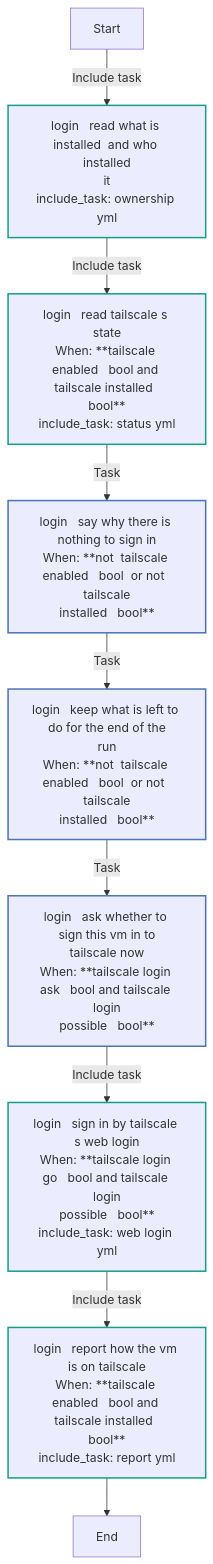
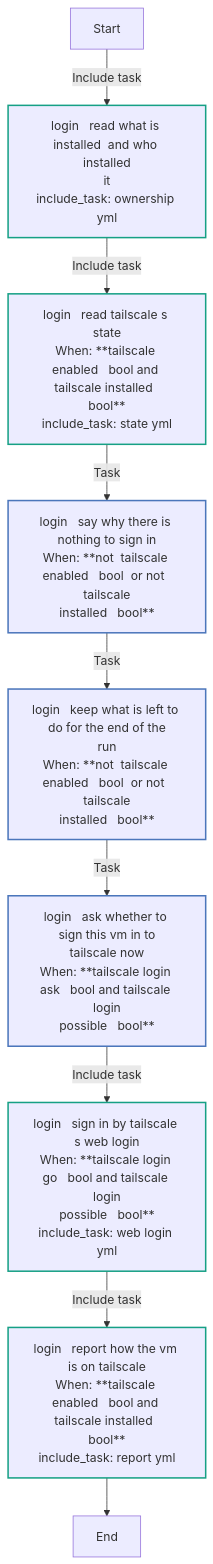
Before and after one commit to kawadeomkar/claude-on-proxmox: the sixth of 13 diagrams in docs/reference/roles/tailscale.md, drawn with Mermaid. The commit also changed other lines of this file and 45 other files, not shown here.

````diff
--- a/docs/reference/roles/tailscale.md
+++ b/docs/reference/roles/tailscale.md
@@ -366,21 +382,21 @@
 ```mermaid
 flowchart TD
 Start
 classDef block stroke:#3498db,stroke-width:2px;
 classDef task stroke:#4b76bb,stroke-width:2px;
 classDef includeTasks stroke:#16a085,stroke-width:2px;
 classDef importTasks stroke:#34495e,stroke-width:2px;
 classDef includeRole stroke:#2980b9,stroke-width:2px;
 classDef importRole stroke:#699ba7,stroke-width:2px;
 classDef includeVars stroke:#8e44ad,stroke-width:2px;
 classDef rescue stroke:#665352,stroke-width:2px;
 
   Start-->|Include task| login___Read_what_is_installed__and_who_installed_it_ownership_yml_0[login   read what is installed  and who installed<br>it<br>include_task: ownership yml]:::includeTasks
-  login___Read_what_is_installed__and_who_installed_it_ownership_yml_0-->|Include task| login___Read_Tailscale_s_state_status_yml_1[login   read tailscale s state<br>When: **tailscale enabled   bool and tailscale installed  <br>bool**<br>include_task: status yml]:::includeTasks
-  login___Read_Tailscale_s_state_status_yml_1-->|Task| login___Say_why_there_is_nothing_to_sign_in2[login   say why there is nothing to sign in<br>When: **not  tailscale enabled   bool  or not  tailscale<br>installed   bool**]:::task
+  login___Read_what_is_installed__and_who_installed_it_ownership_yml_0-->|Include task| login___Read_Tailscale_s_state_state_yml_1[login   read tailscale s state<br>When: **tailscale enabled   bool and tailscale installed  <br>bool**<br>include_task: state yml]:::includeTasks
+  login___Read_Tailscale_s_state_state_yml_1-->|Task| login___Say_why_there_is_nothing_to_sign_in2[login   say why there is nothing to sign in<br>When: **not  tailscale enabled   bool  or not  tailscale<br>installed   bool**]:::task
   login___Say_why_there_is_nothing_to_sign_in2-->|Task| login___Keep_what_is_left_to_do_for_the_end_of_the_run3[login   keep what is left to do for the end of the<br>run<br>When: **not  tailscale enabled   bool  or not  tailscale<br>installed   bool**]:::task
   login___Keep_what_is_left_to_do_for_the_end_of_the_run3-->|Task| login___Ask_whether_to_sign_this_VM_in_to_Tailscale_now4[login   ask whether to sign this vm in to<br>tailscale now<br>When: **tailscale login ask   bool and tailscale login<br>possible   bool**]:::task
   login___Ask_whether_to_sign_this_VM_in_to_Tailscale_now4-->|Include task| login___Sign_in_by_Tailscale_s_web_login_web_login_yml_5[login   sign in by tailscale s web login<br>When: **tailscale login go   bool and tailscale login<br>possible   bool**<br>include_task: web login yml]:::includeTasks
   login___Sign_in_by_Tailscale_s_web_login_web_login_yml_5-->|Include task| login___Report_how_the_VM_is_on_Tailscale_report_yml_6[login   report how the vm is on tailscale<br>When: **tailscale enabled   bool and tailscale installed  <br>bool**<br>include_task: report yml]:::includeTasks
   login___Report_how_the_VM_is_on_Tailscale_report_yml_6-->End
 ```
````
